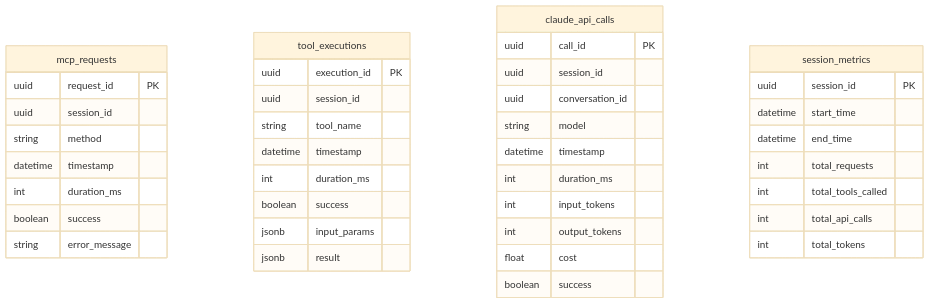
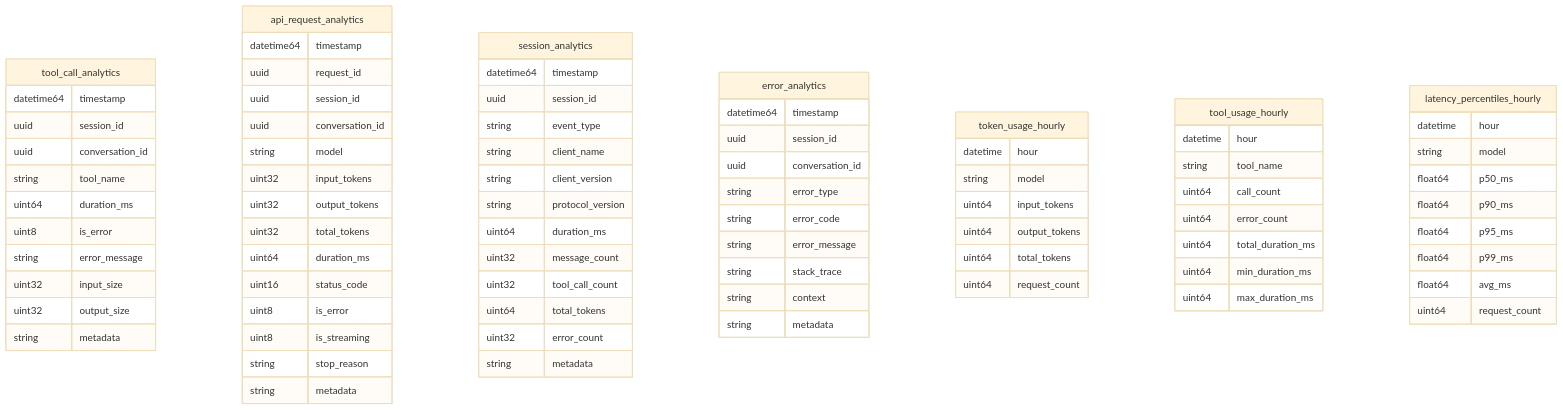
Before and after one commit to telemetryflow/telemetryflow-go-mcp: the seventh of 8 diagrams in docs/ERD.md, drawn with Mermaid (base theme). The commit also changed other lines of this file and 65 other files, not shown here.

````diff
--- a/docs/ERD.md
+++ b/docs/ERD.md
@@ -389,46 +441,89 @@
 ```mermaid
 erDiagram
-    mcp_requests {
-        uuid request_id PK
+    tool_call_analytics {
+        datetime64 timestamp
         uuid session_id
-        string method
-        datetime timestamp
-        int duration_ms
-        boolean success
+        uuid conversation_id
+        string tool_name
+        uint64 duration_ms
+        uint8 is_error
         string error_message
+        uint32 input_size
+        uint32 output_size
+        string metadata
     }
 
-    tool_executions {
-        uuid execution_id PK
-        uuid session_id
-        string tool_name
-        datetime timestamp
-        int duration_ms
-        boolean success
-        jsonb input_params
-        jsonb result
-    }
-
-    claude_api_calls {
-        uuid call_id PK
+    api_request_analytics {
+        datetime64 timestamp
+        uuid request_id
         uuid session_id
         uuid conversation_id
         string model
-        datetime timestamp
-        int duration_ms
-        int input_tokens
-        int output_tokens
-        float cost
-        boolean success
+        uint32 input_tokens
+        uint32 output_tokens
+        uint32 total_tokens
+        uint64 duration_ms
+        uint16 status_code
+        uint8 is_error
+        uint8 is_streaming
+        string stop_reason
+        string metadata
     }
 
-    session_metrics {
-        uuid session_id PK
-        datetime start_time
-        datetime end_time
-        int total_requests
-        int total_tools_called
-        int total_api_calls
-        int total_tokens
+    session_analytics {
+        datetime64 timestamp
+        uuid session_id
+        string event_type
+        string client_name
+        string client_version
+        string protocol_version
+        uint64 duration_ms
+        uint32 message_count
+        uint32 tool_call_count
+        uint64 total_tokens
+        uint32 error_count
+        string metadata
+    }
+
+    error_analytics {
+        datetime64 timestamp
+        uuid session_id
+        uuid conversation_id
+        string error_type
+        string error_code
+        string error_message
+        string stack_trace
+        string context
+        string metadata
+    }
+
+    token_usage_hourly {
+        datetime hour
+        string model
+        uint64 input_tokens
+        uint64 output_tokens
+        uint64 total_tokens
+        uint64 request_count
+    }
+
+    tool_usage_hourly {
+        datetime hour
+        string tool_name
+        uint64 call_count
+        uint64 error_count
+        uint64 total_duration_ms
+        uint64 min_duration_ms
+        uint64 max_duration_ms
+    }
+
+    latency_percentiles_hourly {
+        datetime hour
+        string model
+        float64 p50_ms
+        float64 p90_ms
+        float64 p95_ms
+        float64 p99_ms
+        float64 avg_ms
+        uint64 request_count
     }
 ```
````
